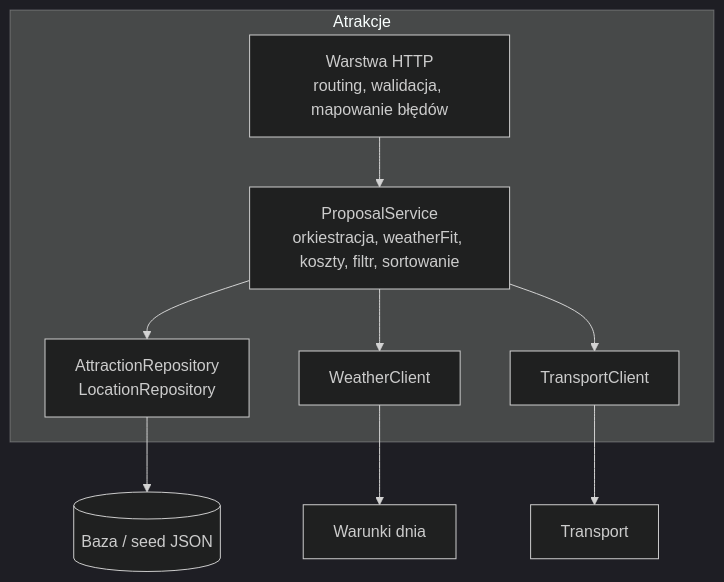
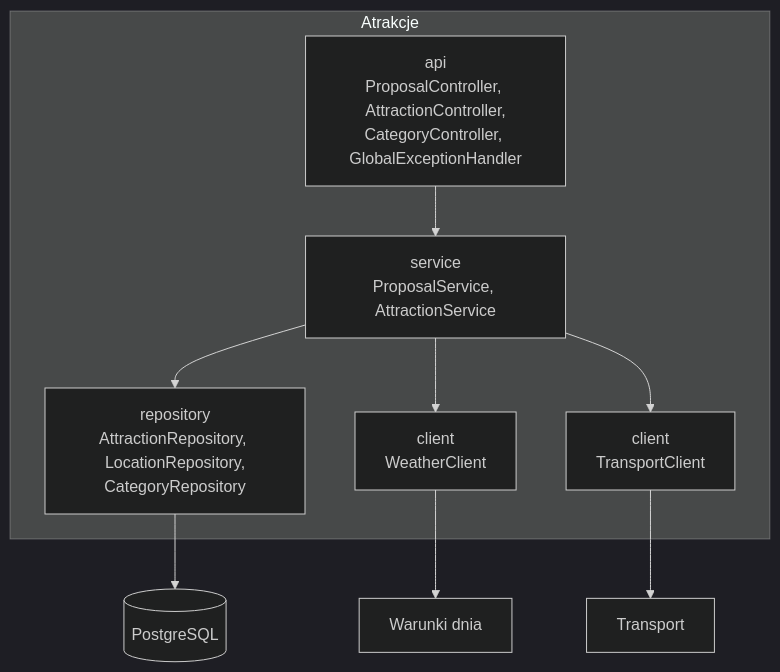
The fourth of 4 diagrams in architecture.md (Wojtek7707/Atrakcje---Projektowanie-skalowalnych-system-w-obiektowych), drawn with Mermaid (dark theme) before and after one commit. The commit also changed other lines of this file and 3 other files, not shown here.

First line of the commit message:
docs: align AGENTS.md, architecture and README with Spring/Postgres stack

````diff
--- a/architecture.md
+++ b/architecture.md
@@ -378,17 +426,17 @@
 ```mermaid
 flowchart TB
     subgraph Atrakcje
-        API[Warstwa HTTP<br/>routing, walidacja, mapowanie błędów]
-        SVC[ProposalService<br/>orkiestracja, weatherFit, koszty, filtr, sortowanie]
-        REPO[AttractionRepository<br/>LocationRepository]
-        WC[WeatherClient]
-        TC[TransportClient]
+        API[api<br/>ProposalController, AttractionController,<br/>CategoryController, GlobalExceptionHandler]
+        SVC[service<br/>ProposalService, AttractionService]
+        REPO[repository<br/>AttractionRepository, LocationRepository,<br/>CategoryRepository]
+        WC[client<br/>WeatherClient]
+        TC[client<br/>TransportClient]
     end
     API --> SVC
     SVC --> REPO
     SVC --> WC
     SVC --> TC
-    REPO --> DB[(Baza / seed JSON)]
+    REPO --> DB[(PostgreSQL)]
     WC --> W[Warunki dnia]
     TC --> T[Transport]
 ```
````
